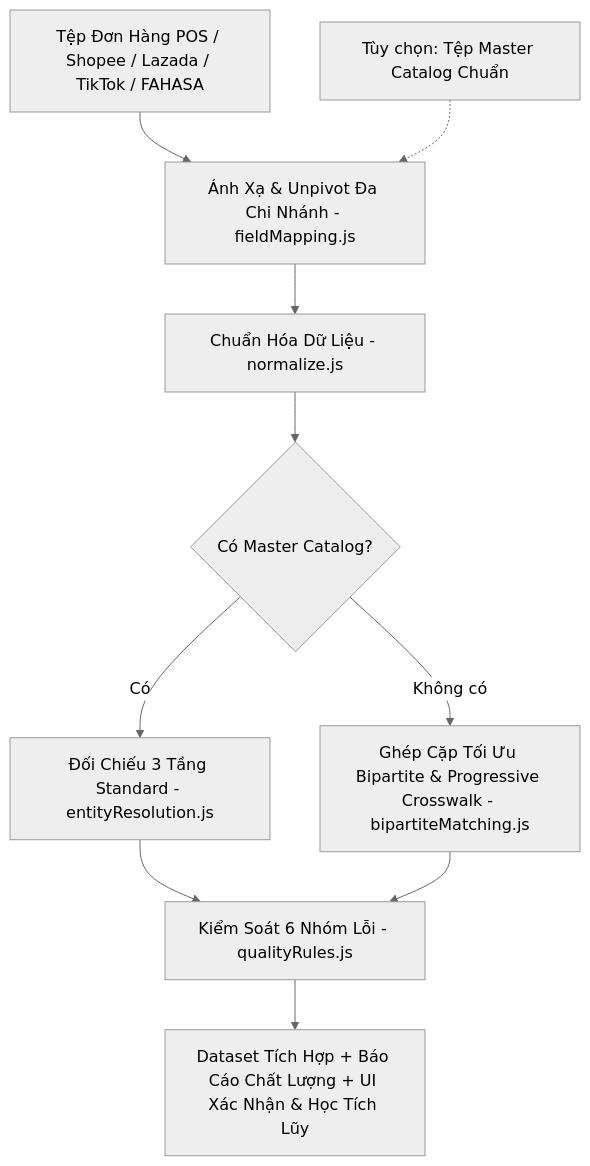
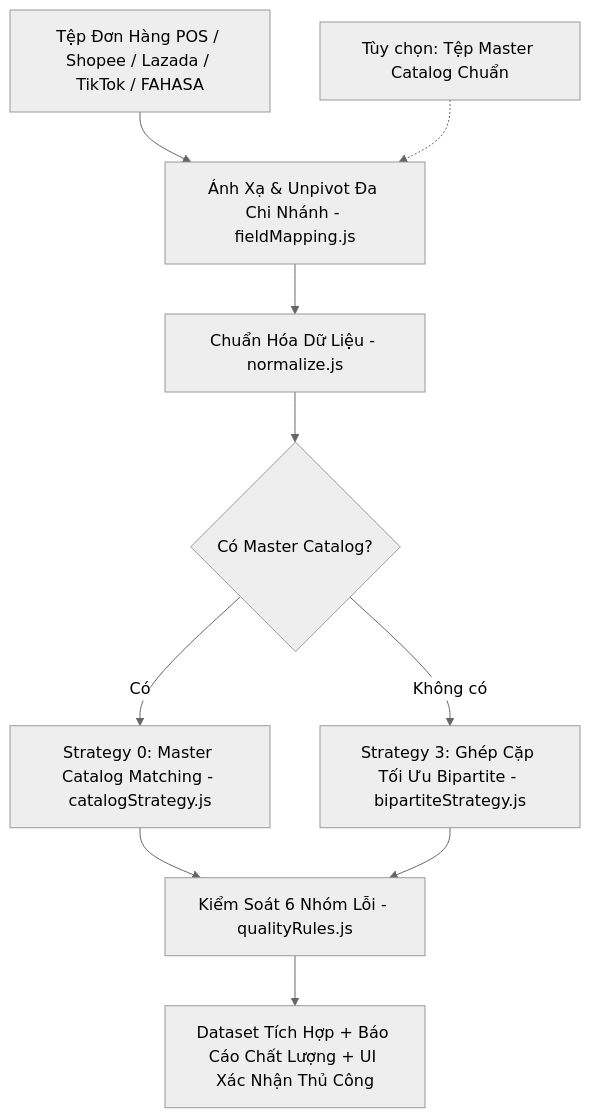
Before and after one commit to PhamAnhQuoc-HTTT/data-integration-app: the diagram in README.md, drawn with Mermaid (neutral theme). The commit also changed other lines of this file and 3 other files, not shown here.

Commit message:
refactor: remove all references to Mechanism 4 (Progressive Crosswalk) and streamline Mechanism 3

````diff
--- a/README.md
+++ b/README.md
@@ -13,12 +13,12 @@
 ```mermaid
 graph TD
     A[Tệp Đơn Hàng POS / Shopee / Lazada / TikTok / FAHASA] --> B[Ánh Xạ & Unpivot Đa Chi Nhánh - fieldMapping.js]
     C[Tùy chọn: Tệp Master Catalog Chuẩn] -.-> B
     B --> D[Chuẩn Hóa Dữ Liệu - normalize.js]
     D --> E{Có Master Catalog?}
-    E -- Có --> F[Đối Chiếu 3 Tầng Standard - entityResolution.js]
-    E -- Không có --> G[Ghép Cặp Tối Ưu Bipartite & Progressive Crosswalk - bipartiteMatching.js]
+    E -- Có --> F[Strategy 0: Master Catalog Matching - catalogStrategy.js]
+    E -- Không có --> G[Strategy 3: Ghép Cặp Tối Ưu Bipartite - bipartiteStrategy.js]
     F --> H[Kiểm Soát 6 Nhóm Lỗi - qualityRules.js]
     G --> H
-    H --> I[Dataset Tích Hợp + Báo Cáo Chất Lượng + UI Xác Nhận & Học Tích Lũy]
+    H --> I[Dataset Tích Hợp + Báo Cáo Chất Lượng + UI Xác Nhận Thủ Công]
 ```
````
